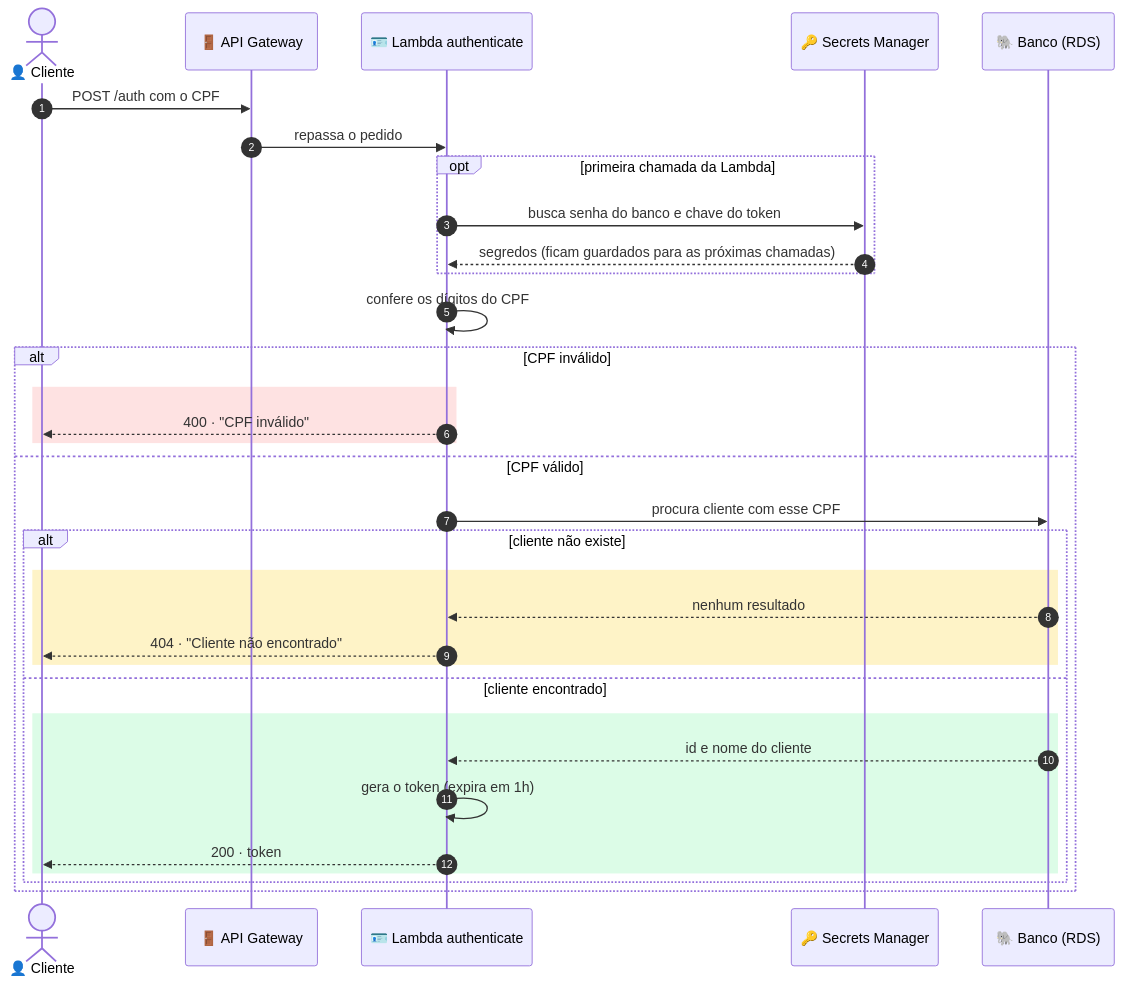
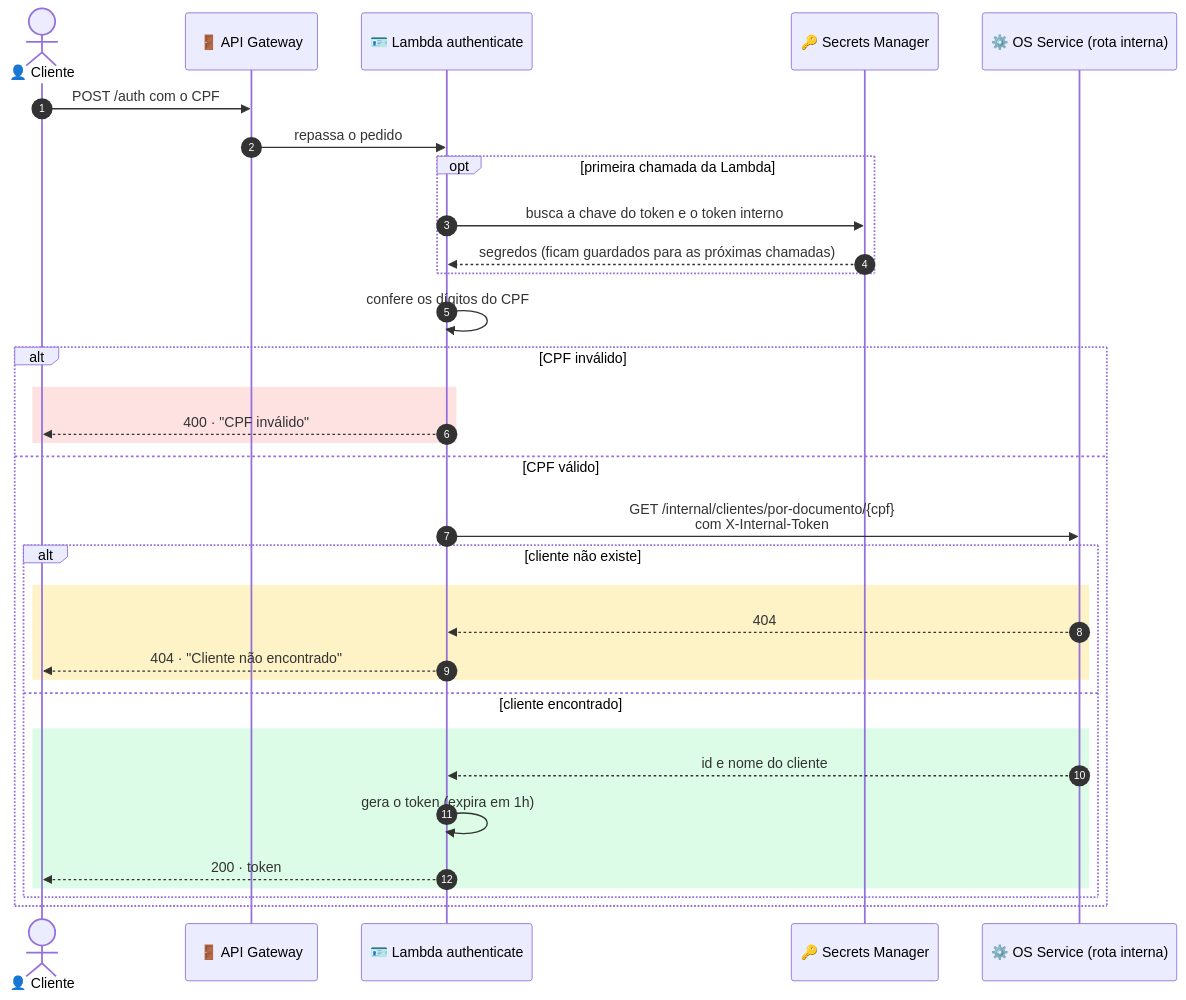
One commit to Lorenalgm/oficina_mecanica changed the first of 2 diagrams in docs/arquitetura/sequencia-auth.md. Above: the diagram before and after it, drawn with Mermaid. The commit also changed other lines of this file and 3 other files, not shown here.

Commit message:
docs: Diagramas de arquitetura atualizados para a Fase 4

````diff
--- a/docs/arquitetura/sequencia-auth.md
+++ b/docs/arquitetura/sequencia-auth.md
@@ -8,39 +9,39 @@
 ```mermaid
 sequenceDiagram
     autonumber
     actor C as 👤 Cliente
     participant GW as 🚪 API Gateway
     participant L as 🪪 Lambda authenticate
     participant SM as 🔑 Secrets Manager
-    participant DB as 🐘 Banco (RDS)
+    participant OS as ⚙️ OS Service (rota interna)
 
     C->>GW: POST /auth com o CPF
     GW->>L: repassa o pedido
 
     opt primeira chamada da Lambda
-        L->>SM: busca senha do banco e chave do token
+        L->>SM: busca a chave do token e o token interno
         SM-->>L: segredos (ficam guardados para as próximas chamadas)
     end
 
     L->>L: confere os dígitos do CPF
 
     alt CPF inválido
         rect rgb(254, 226, 226)
             L-->>C: 400 · "CPF inválido"
         end
     else CPF válido
-        L->>DB: procura cliente com esse CPF
+        L->>OS: GET /internal/clientes/por-documento/{cpf}<br/>com X-Internal-Token
         alt cliente não existe
             rect rgb(254, 243, 199)
-                DB-->>L: nenhum resultado
+                OS-->>L: 404
                 L-->>C: 404 · "Cliente não encontrado"
             end
         else cliente encontrado
             rect rgb(220, 252, 231)
-                DB-->>L: id e nome do cliente
+                OS-->>L: id e nome do cliente
                 L->>L: gera o token (expira em 1h)
                 L-->>C: 200 · token
             end
         end
     end
 ```
````
